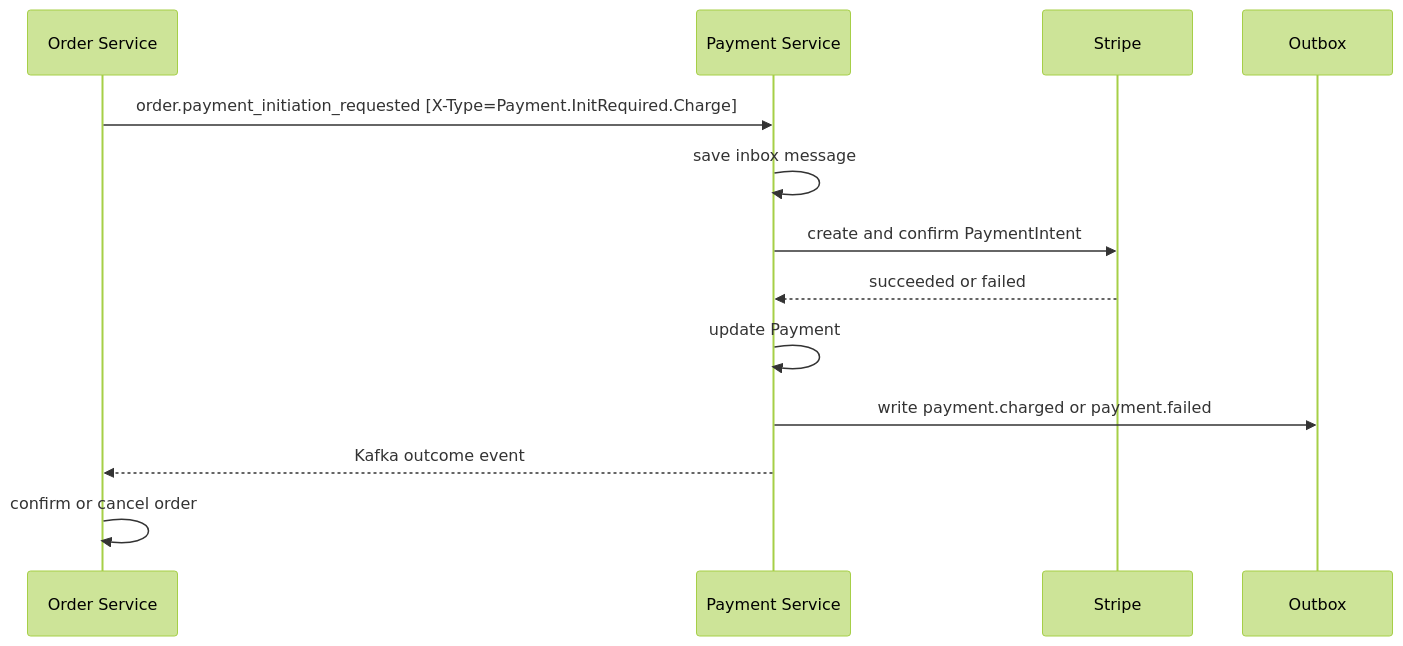
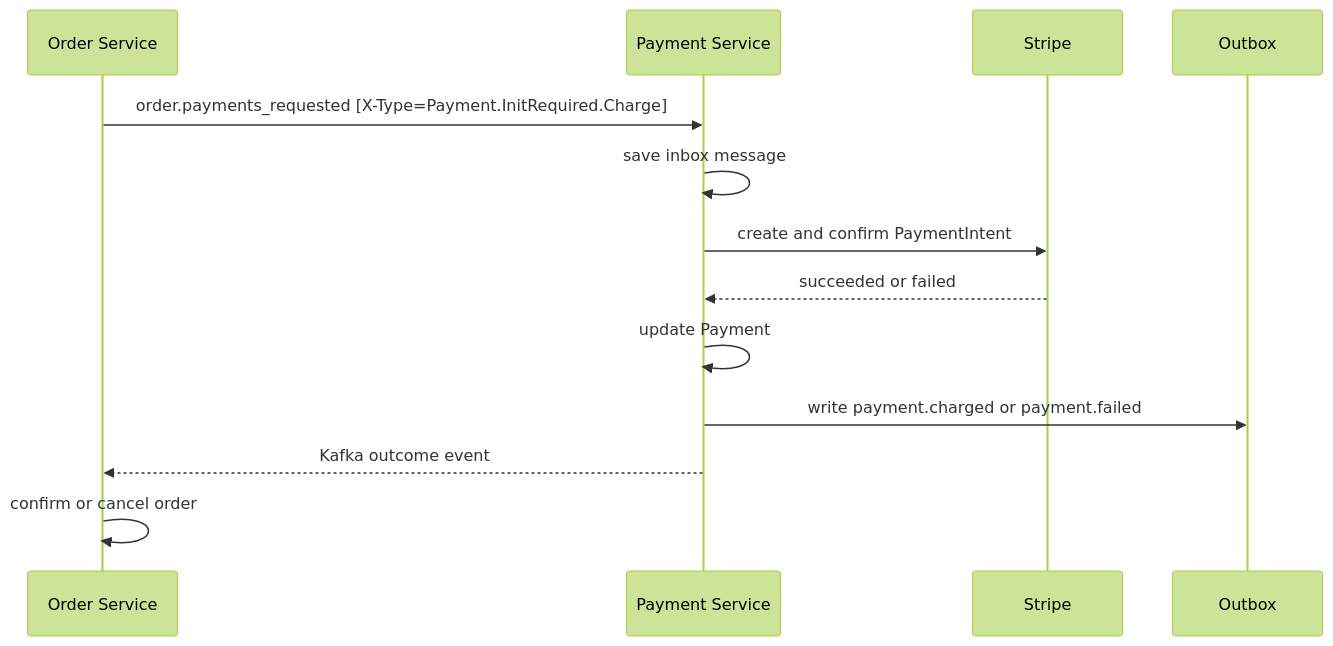
One commit to RallyDeals/rally-docs changed the second of 6 diagrams in services docs/payment_service.md. Above: the diagram before and after it, drawn with Mermaid (forest theme). The commit also changed other lines of this file, not shown here.

Commit message:
docs: rename payment topics for event flow

````diff
--- a/services docs/payment_service.md
+++ b/services docs/payment_service.md
@@ -553,16 +547,16 @@
 ```mermaid
 sequenceDiagram
     participant O as Order Service
     participant P as Payment Service
     participant S as Stripe
     participant X as Outbox
 
-    O->>P: order.payment_initiation_requested [X-Type=Payment.InitRequired.Charge]
+    O->>P: order.payments_requested [X-Type=Payment.InitRequired.Charge]
     P->>P: save inbox message
     P->>S: create and confirm PaymentIntent
     S-->>P: succeeded or failed
     P->>P: update Payment
     P->>X: write payment.charged or payment.failed
     P-->>O: Kafka outcome event
     O->>O: confirm or cancel order
 ```
````
